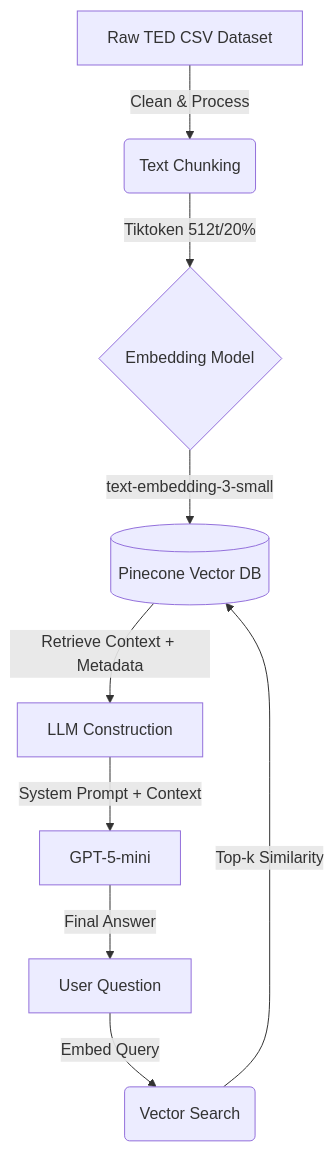
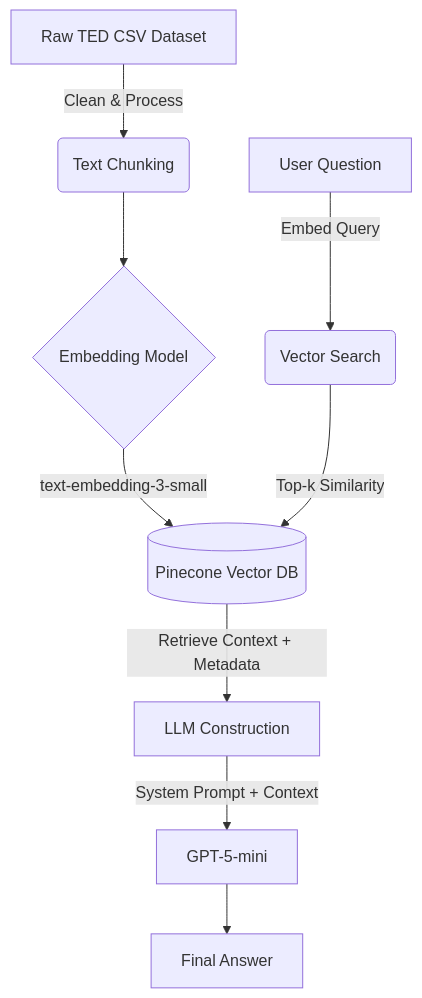
One commit to YoniAfek1/ted-rag changed the diagram in README.md. Above: the diagram before and after it, drawn with Mermaid.

Commit message:
Fix mermaid diagram syntax in README.md

`````diff
--- a/README.md
+++ b/README.md
@@ -44,12 +44,12 @@
 ```mermaid
 graph TD
     A[Raw TED CSV Dataset] -->|Clean & Process| B(Text Chunking)
-    B -->|Tiktoken 512t/20%| C{Embedding Model}
+    B --> C{Embedding Model}
     C -->|text-embedding-3-small| D[(Pinecone Vector DB)]
     
     User[User Question] -->|Embed Query| E(Vector Search)
     E -->|Top-k Similarity| D
     D -->|Retrieve Context + Metadata| F[LLM Construction]
     F -->|System Prompt + Context| G[GPT-5-mini]
-    G -->|Final Answer| User
+    G --> Output[Final Answer]
 ````
`````
